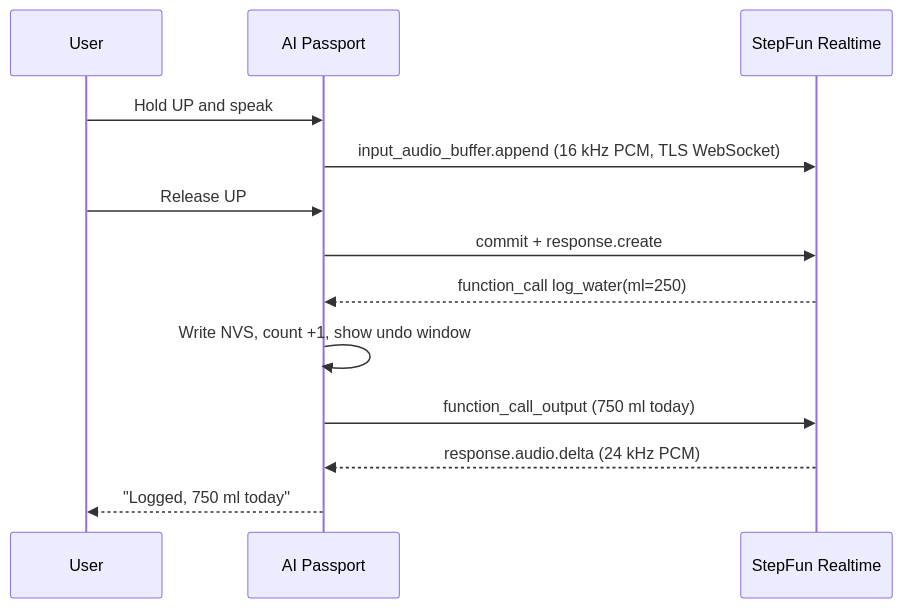
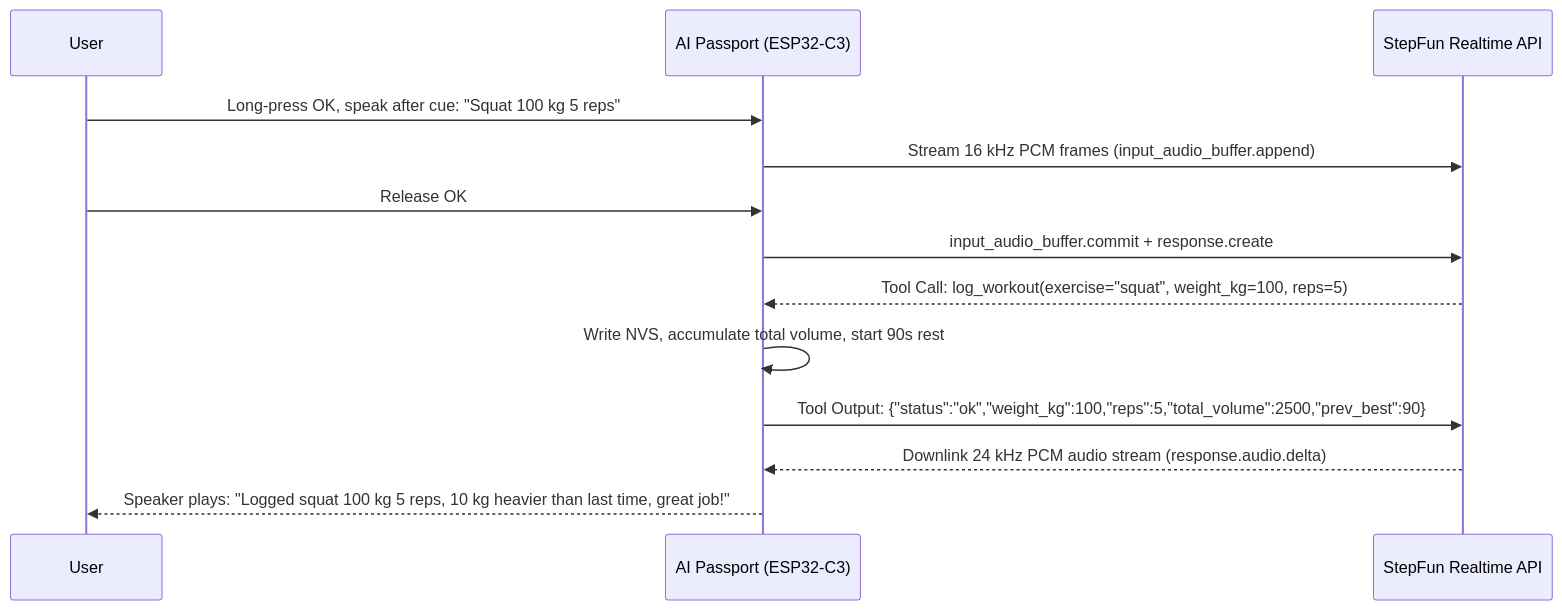
Before and after one commit to iFwu/passport-health-buddy: the diagram in docs/health-companion.md, drawn with Mermaid. The commit also changed other lines of this file and 70 other files, not shown here.

````diff
--- a/docs/health-companion.md
+++ b/docs/health-companion.md
@@ -101,15 +143,15 @@
 ```mermaid
 sequenceDiagram
-    participant U as User
-    participant D as AI Passport
-    participant S as StepFun Realtime
-    U->>D: Hold UP and speak
-    D->>S: input_audio_buffer.append (16 kHz PCM, TLS WebSocket)
-    U->>D: Release UP
-    D->>S: commit + response.create
-    S-->>D: function_call log_water(ml=250)
-    D->>D: Write NVS, count +1, show undo window
-    D->>S: function_call_output (750 ml today)
-    S-->>D: response.audio.delta (24 kHz PCM)
-    D-->>U: "Logged, 750 ml today"
+    participant User as User
+    participant Device as AI Passport (ESP32-C3)
+    participant StepFun as StepFun Realtime API
+    User->>Device: Long-press OK, speak after cue: "Squat 100 kg 5 reps"
+    Device->>StepFun: Stream 16 kHz PCM frames (input_audio_buffer.append)
+    User->>Device: Release OK
+    Device->>StepFun: input_audio_buffer.commit + response.create
+    StepFun-->>Device: Tool Call: log_workout(exercise="squat", weight_kg=100, reps=5)
+    Device->>Device: Write NVS, accumulate total volume, start 90s rest
+    Device->>StepFun: Tool Output: {"status":"ok","weight_kg":100,"reps":5,"total_volume":2500,"prev_best":90}
+    StepFun-->>Device: Downlink 24 kHz PCM audio stream (response.audio.delta)
+    Device-->>User: Speaker plays: "Logged squat 100 kg 5 reps, 10 kg heavier than last time, great job!"
 ```
````
